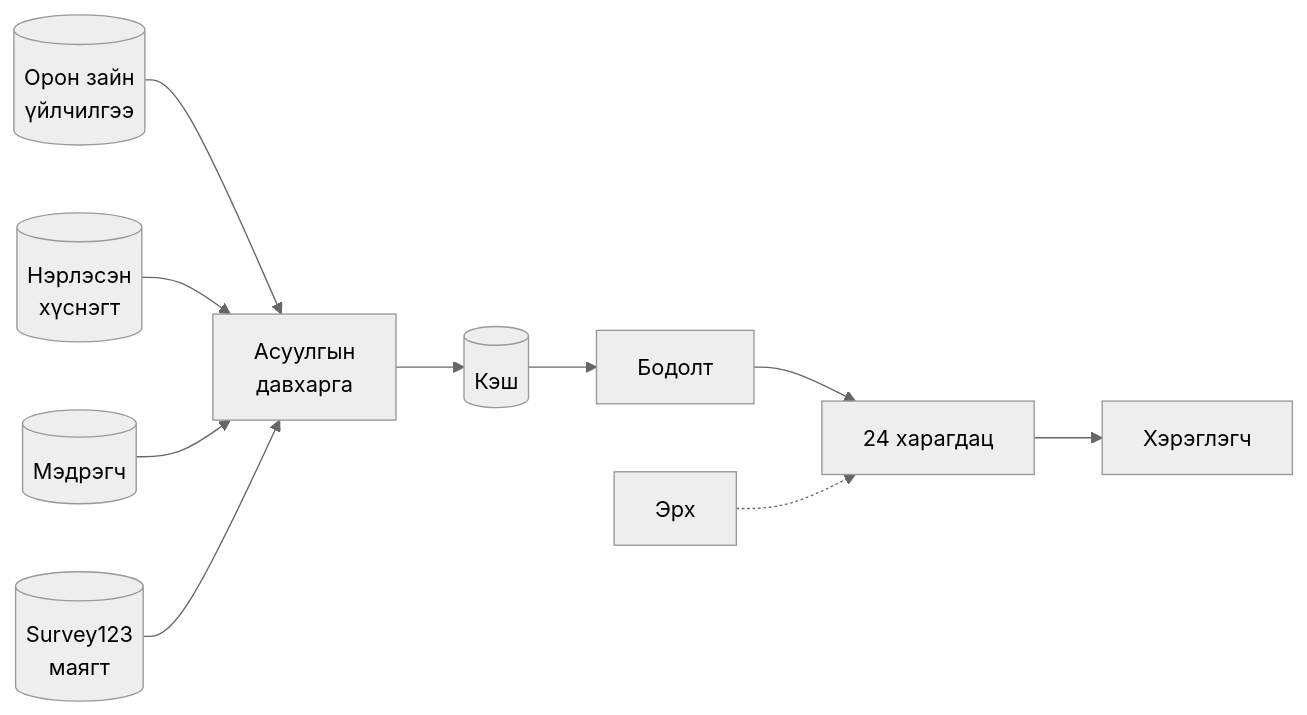
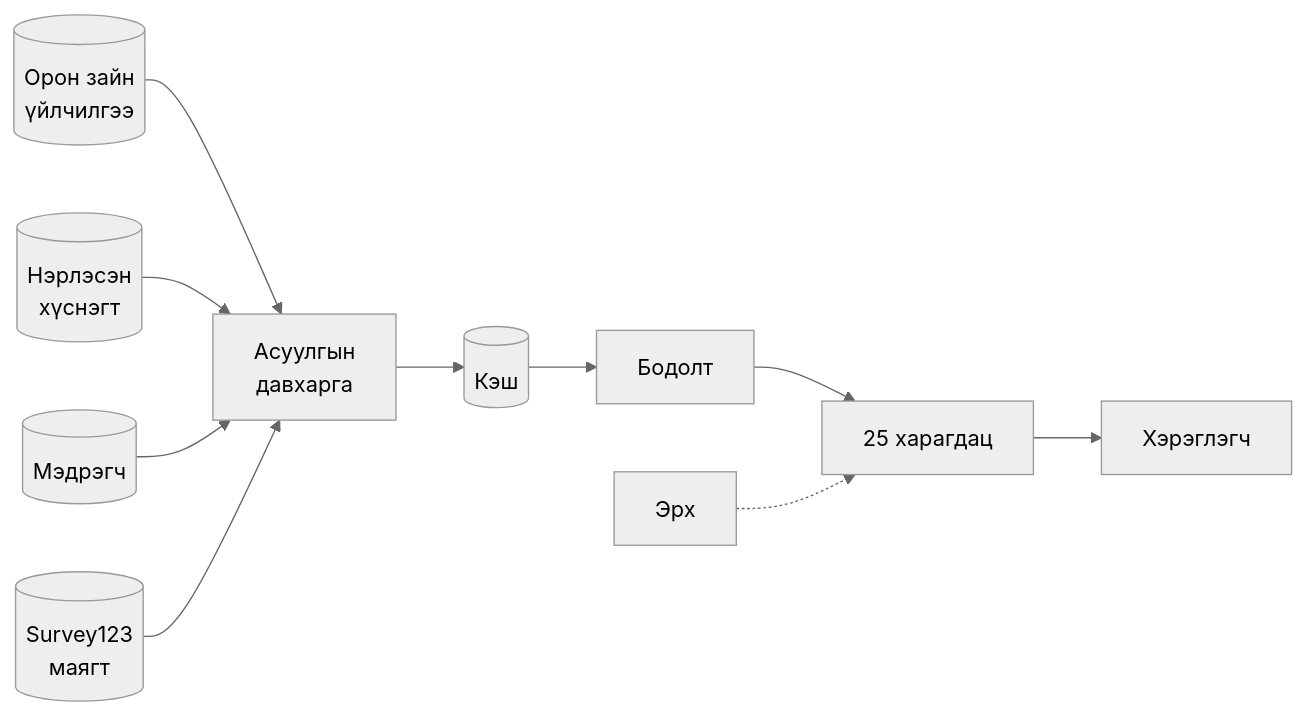
The diagram in docs/SYSTEM.md (monmapgisteam-oss/Selbe_db), drawn with Mermaid (neutral theme) before and after one commit. The commit also changed other lines of this file and 22 other files, not shown here.

````diff
--- a/docs/SYSTEM.md
+++ b/docs/SYSTEM.md
@@ -46,12 +46,12 @@
 ```mermaid
 flowchart LR
   SPACE[(Орон зайн<br/>үйлчилгээ)] --> Q[Асуулгын<br/>давхарга]
   TABLE[(Нэрлэсэн<br/>хүснэгт)] --> Q
   IOT[(Мэдрэгч)] --> Q
   FORM[(Survey123<br/>маягт)] --> Q
   Q --> CACHE[(Кэш)]
   CACHE --> CALC[Бодолт]
-  CALC --> VIEW[24 харагдац]
+  CALC --> VIEW[25 харагдац]
   VIEW --> USER[Хэрэглэгч]
   ACL[Эрх] -.-> VIEW
 ```
````
